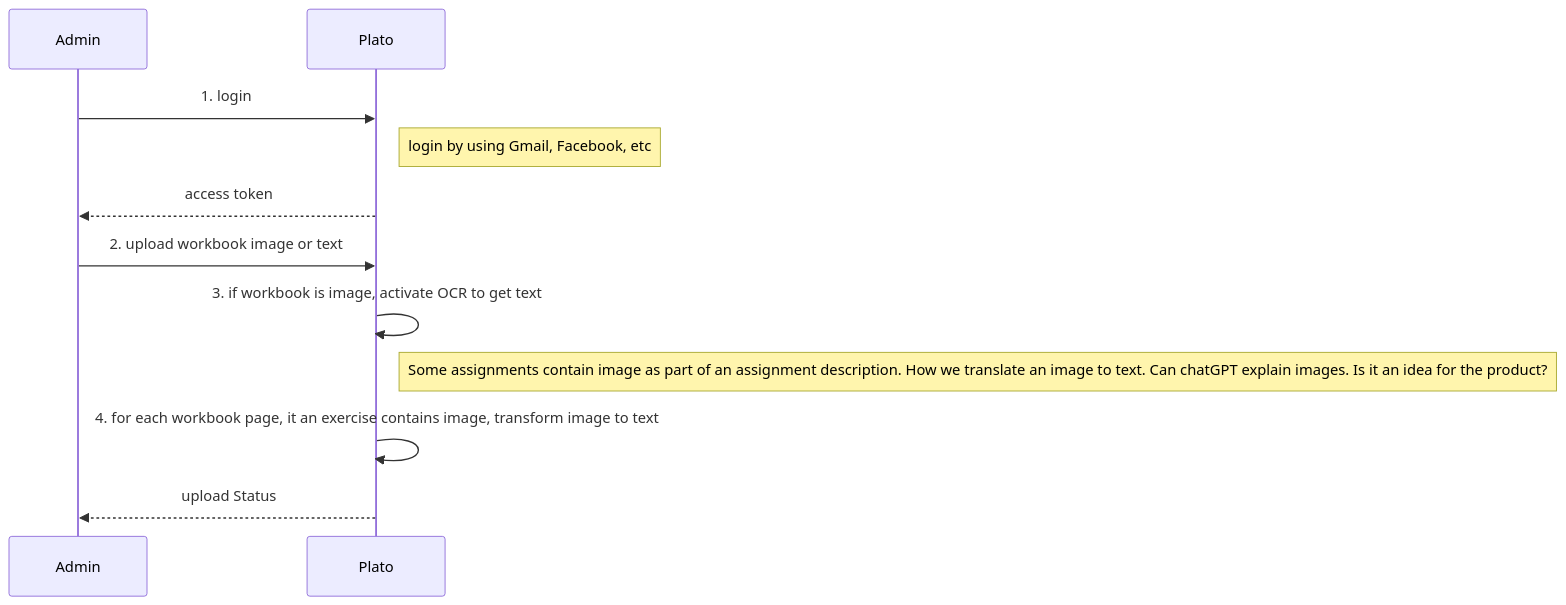
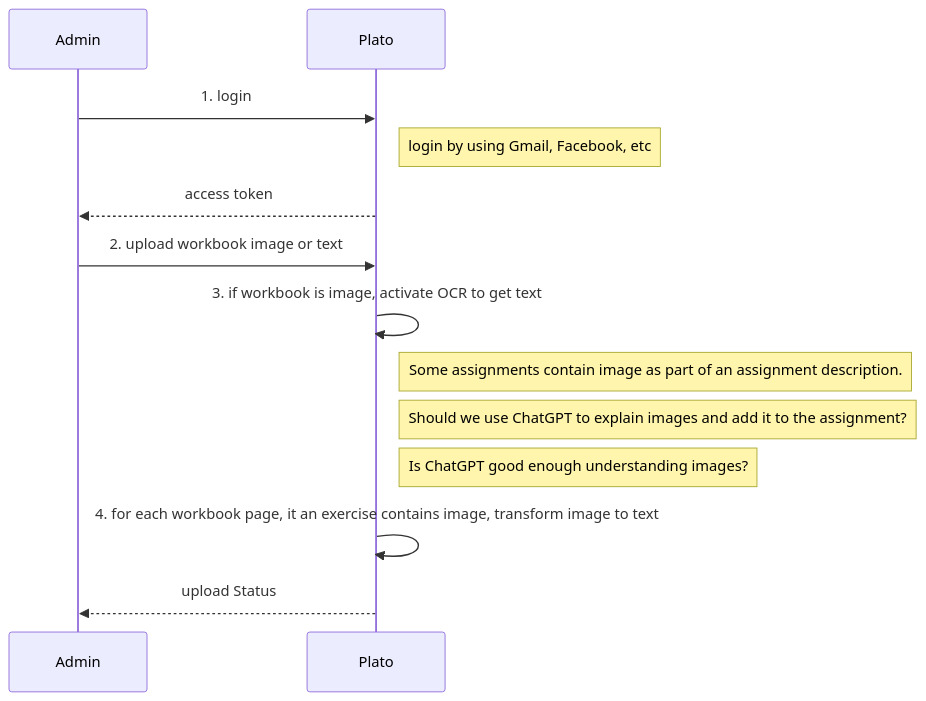
The first of 2 diagrams in docs/design.md (dimastatz/plato), drawn with Mermaid before and after one commit.

````diff
--- a/docs/design.md
+++ b/docs/design.md
@@ -44,14 +44,16 @@
 ```mermaid
 sequenceDiagram
 Admin->>Plato: 1. login
 Note right of Plato: login by using Gmail, Facebook, etc 
 Plato-->>Admin: access token
 
 Admin->>Plato: 2. upload workbook image or text
 
 Plato->>Plato: 3. if workbook is image, activate OCR to get text
-Note right of Plato: Some assignments contain image as part of an assignment description. How we translate an image to text. Can chatGPT explain images. Is it an idea for the product?
+Note right of Plato: Some assignments contain image as part of an assignment description.
+Note right of Plato: Should we use ChatGPT to explain images and add it to the assignment?
+Note right of Plato: Is ChatGPT good enough understanding images?
 
 Plato->>Plato: 4. for each workbook page, it an exercise contains image, transform image to text 
 Plato-->>Admin: upload Status
 ```
````
